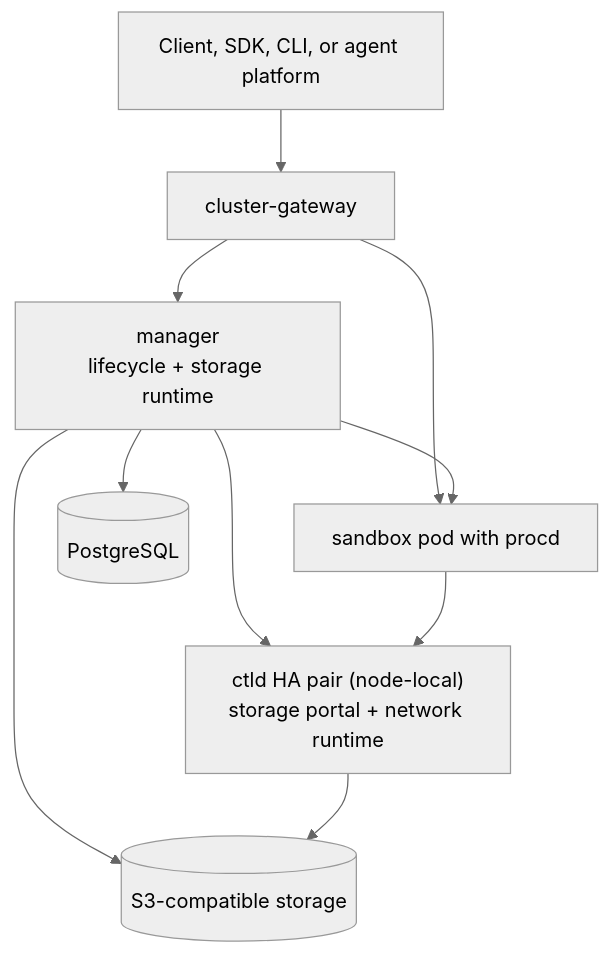
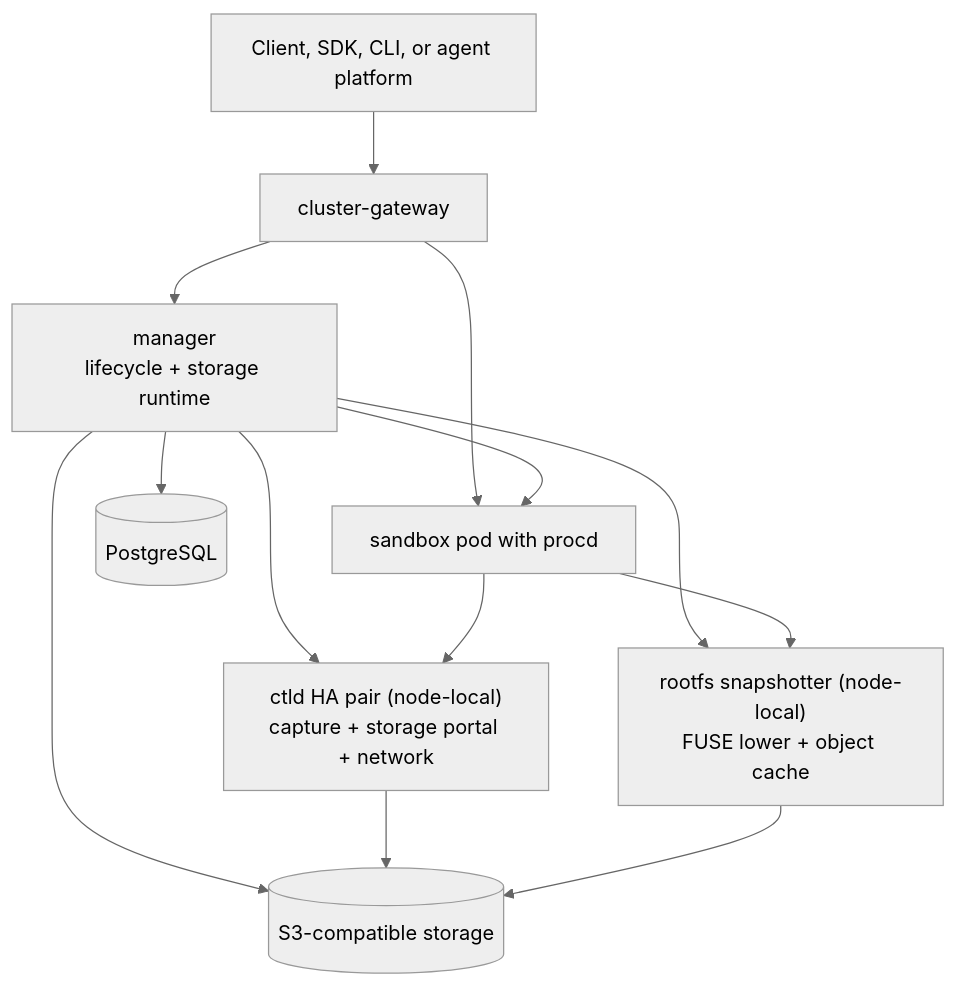
One commit to sandbox0-ai/sandbox0 changed the second of 2 diagrams in README.md. Above: the diagram before and after it, drawn with Mermaid (neutral theme). The commit also changed other lines of this file and 145 other files, not shown here.

````diff
--- a/README.md
+++ b/README.md
@@ -175,12 +177,15 @@
 ```mermaid
 flowchart TB
     client["Client, SDK, CLI, or agent platform"] --> cgw["cluster-gateway"]
     cgw --> mgr["manager<br/>lifecycle + storage runtime"]
     cgw --> pod["sandbox pod with procd"]
     mgr --> pod
-    mgr --> ctld["ctld HA pair (node-local)<br/>storage portal + network runtime"]
+    mgr --> ctld["ctld HA pair (node-local)<br/>capture + storage portal + network"]
+    mgr --> snapshotter["rootfs snapshotter (node-local)<br/>FUSE lower + object cache"]
     pod --> ctld
+    pod --> snapshotter
     mgr --> pg[("PostgreSQL")]
     mgr --> s3[("S3-compatible storage")]
     ctld --> s3
+    snapshotter --> s3
 ```
````
